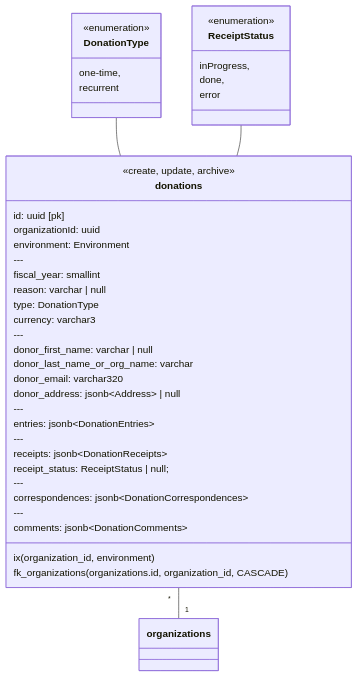
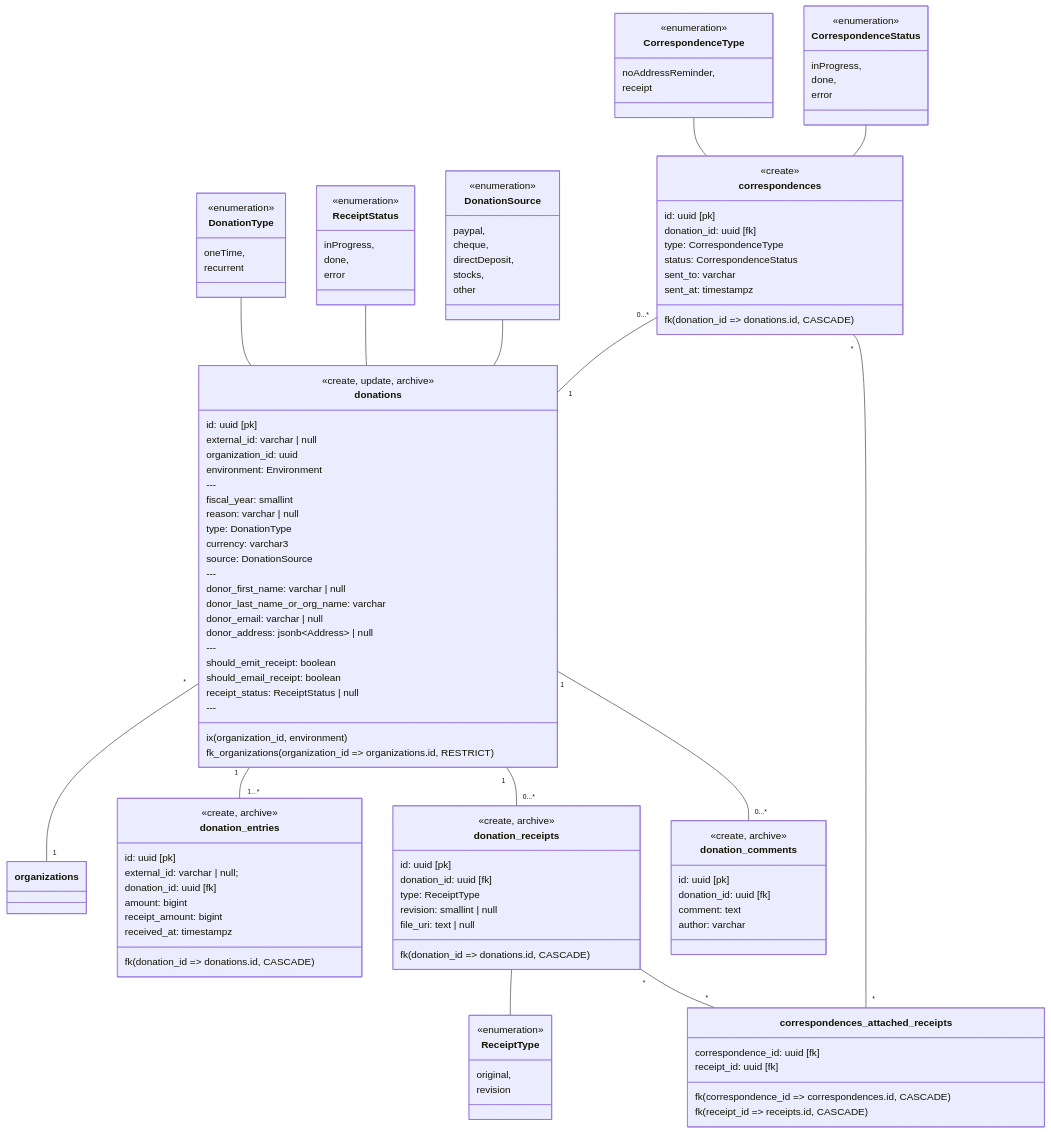
Before and after one commit to mtl-benevolent/donation-management: the fourth of 4 diagrams in docs/db-diagram.md, drawn with Mermaid. The commit also changed other lines of this file and 4 other files, not shown here.

Commit message:
DB Schema update for donations + Migration for Donations

````diff
--- a/docs/db-diagram.md
+++ b/docs/db-diagram.md
@@ -131,37 +131,35 @@
   class donations {
     <<create, update, archive>>
     id: uuid [pk]
-    organizationId: uuid
+    external_id: varchar | null
+    organization_id: uuid
     environment: Environment
     ---
     fiscal_year: smallint
     reason: varchar | null
     type: DonationType
     currency: varchar3
+    source: DonationSource
     ---
     donor_first_name: varchar | null
     donor_last_name_or_org_name: varchar
-    donor_email: varchar320
+    donor_email: varchar | null
     donor_address: jsonb~Address~ | null
     ---
-    entries: jsonb~DonationEntries~
+    should_emit_receipt: boolean
+    should_email_receipt: boolean
+    receipt_status: ReceiptStatus | null
     ---
-    receipts: jsonb~DonationReceipts~
-    receipt_status: ReceiptStatus | null;
-    ---
-    correspondences: jsonb~DonationCorrespondences~
-    ---
-    comments: jsonb~DonationComments~
 
     ix(organization_id, environment)
-    fk_organizations(organizations.id, organization_id, CASCADE)
+    fk_organizations(organization_id => organizations.id, RESTRICT)
   }
 
   donations "*" -- "1" organizations
 
   class DonationType {
     <<enumeration>>
-    one-time,
+    oneTime,
     recurrent
   }
 
@@ -175,4 +173,106 @@
   }
 
   ReceiptStatus -- donations
+
+  class DonationSource {
+    <<enumeration>>
+    paypal,
+    cheque,
+    directDeposit,
+    stocks,
+    other
+  }
+
+  DonationSource -- donations
+
+  class donation_entries {
+    <<create, archive>>
+    id: uuid [pk]
+    external_id: varchar | null;
+    donation_id: uuid [fk]
+    amount: bigint
+    receipt_amount: bigint
+
+    received_at: timestampz
+
+    fk(donation_id => donations.id, CASCADE)
+  }
+
+  donations "1" -- "1...*" donation_entries
+
+  class donation_receipts {
+    <<create, archive>>
+    id: uuid [pk]
+    donation_id: uuid [fk]
+    type: ReceiptType
+    revision: smallint | null
+
+    file_uri: text | null
+
+    fk(donation_id => donations.id, CASCADE)
+  }
+
+  donations "1" -- "0...*" donation_receipts
+
+  donation_receipts -- ReceiptType
+
+  class ReceiptType {
+    <<enumeration>>
+    original,
+    revision
+  }
+
+  class correspondences {
+    <<create>>
+    id: uuid [pk]
+    donation_id: uuid [fk]
+    type: CorrespondenceType
+    status: CorrespondenceStatus
+
+    sent_to: varchar
+    sent_at: timestampz
+
+    fk(donation_id => donations.id, CASCADE)
+  }
+
+  correspondences "0...*" -- "1" donations
+
+  class CorrespondenceType {
+    <<enumeration>>
+    noAddressReminder,
+    receipt
+  }
+
+  CorrespondenceType -- correspondences
+
+  class CorrespondenceStatus {
+    <<enumeration>>
+    inProgress,
+    done,
+    error
+  }
+
+  CorrespondenceStatus -- correspondences
+
+  class correspondences_attached_receipts {
+    correspondence_id: uuid [fk]
+    receipt_id: uuid [fk]
+
+    fk(correspondence_id => correspondences.id, CASCADE)
+    fk(receipt_id => receipts.id, CASCADE)
+  }
+
+  correspondences "*" -- "*" correspondences_attached_receipts
+  donation_receipts "*" -- "*" correspondences_attached_receipts
+
+  class donation_comments {
+    <<create, archive>>
+    id: uuid [pk]
+    donation_id: uuid [fk]
+
+    comment: text
+    author: varchar
+  }
+
+  donations "1" -- "0...*" donation_comments
 ```
````
